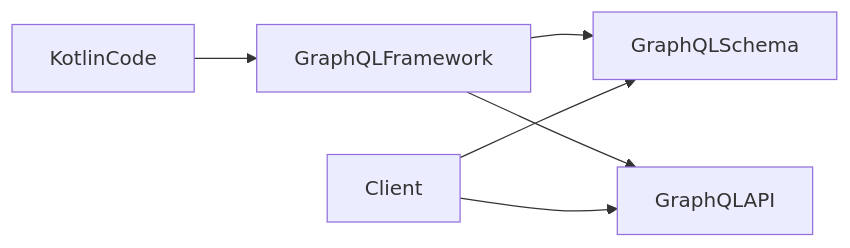
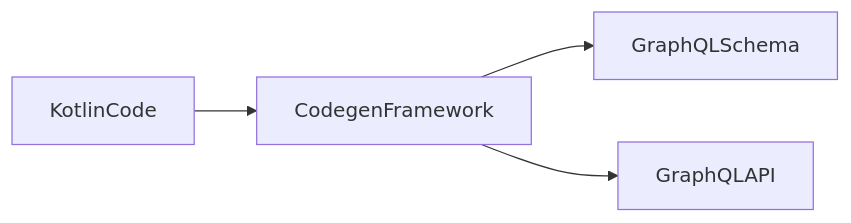
The third of 5 diagrams in presentation/Code centric GraphQL/slides.md (arutz/ccgql), drawn with Mermaid before and after one commit. The commit also changed other lines of this file and 2 other files, not shown here.

````diff
--- a/presentation/Code centric GraphQL/slides.md
+++ b/presentation/Code centric GraphQL/slides.md
@@ -149,8 +176,6 @@
 ```mermaid
 flowchart LR
-KotlinCode --> GraphQLFramework
-GraphQLFramework --> GraphQLSchema
-GraphQLFramework --> GraphQLAPI
-Client --> GraphQLAPI
-Client --> GraphQLSchema
+KotlinCode --> CodegenFramework
+CodegenFramework --> GraphQLSchema
+CodegenFramework --> GraphQLAPI
 ```
````
